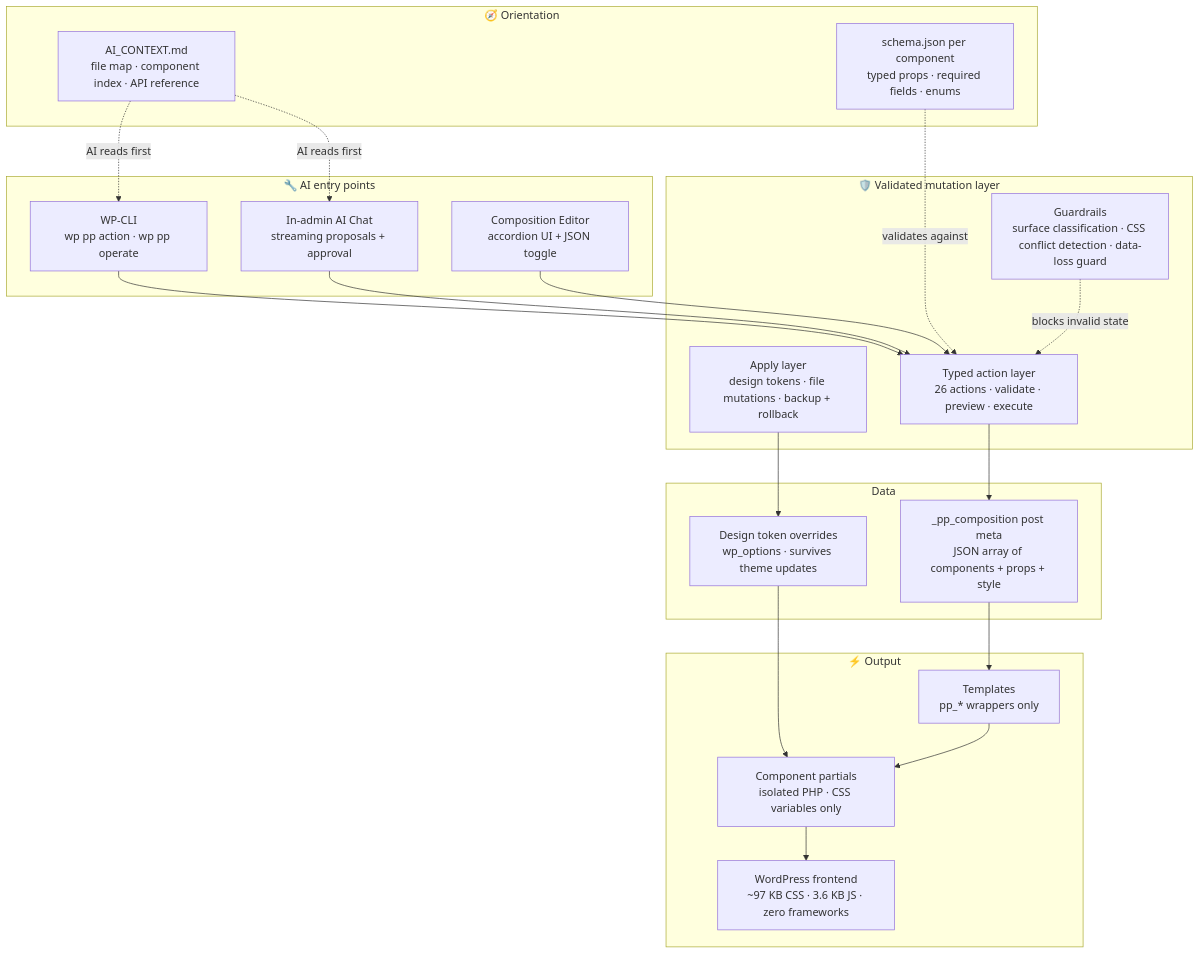
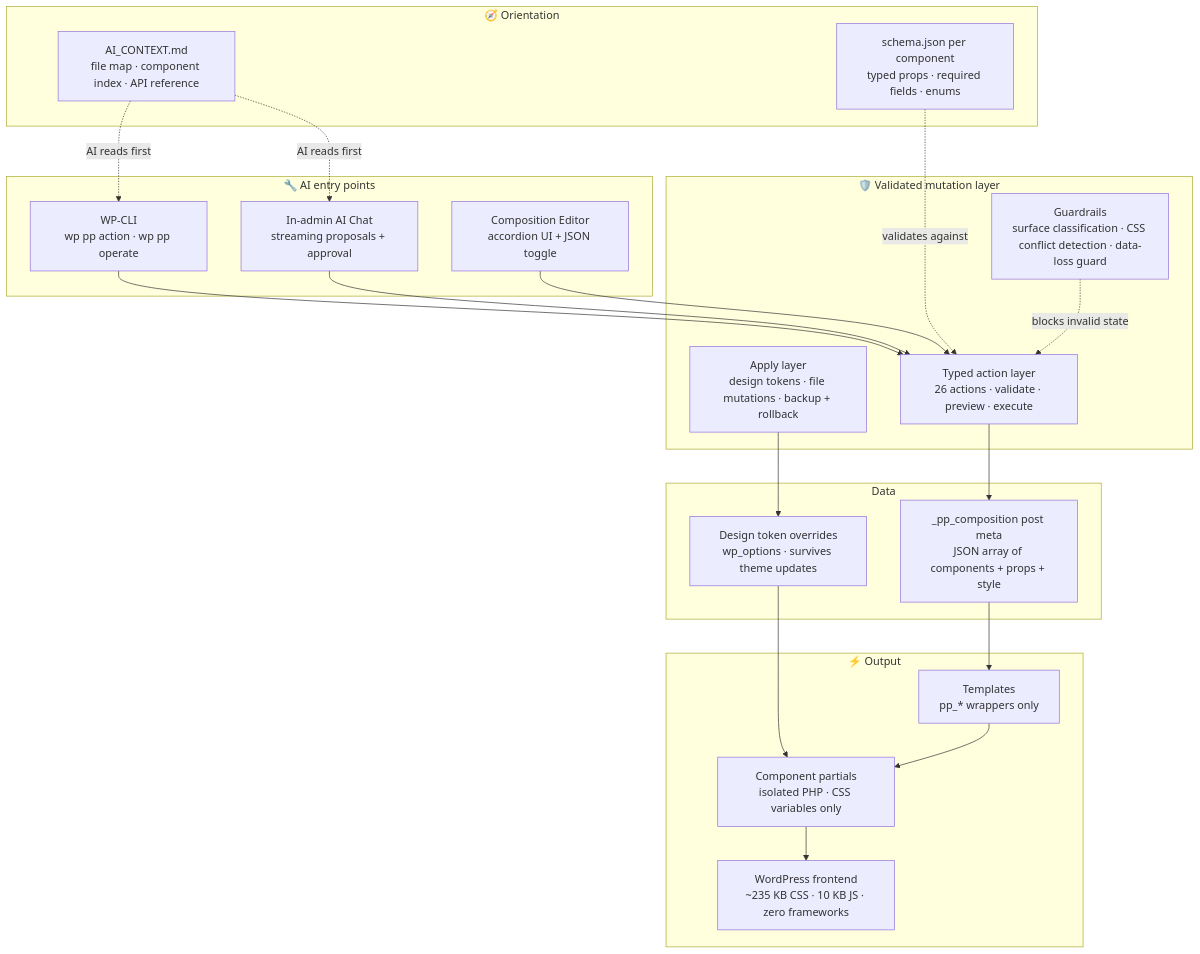
The diagram in README.md (FJCF76/PromptingPress), drawn with Mermaid before and after one commit. The commit also changed other lines of this file, not shown here.

First line of the commit message:
docs(readme): state the measured frontend weight

````diff
--- a/README.md
+++ b/README.md
@@ -130,44 +130,44 @@
 ```mermaid
 flowchart TD
     subgraph Entry["🔧 AI entry points"]
         CLI["WP-CLI\nwp pp action · wp pp operate"]
         Chat["In-admin AI Chat\nstreaming proposals + approval"]
         Editor["Composition Editor\naccordion UI + JSON toggle"]
     end
 
     subgraph Orient["🧭 Orientation"]
         CTX["AI_CONTEXT.md\nfile map · component index · API reference"]
         Schema["schema.json per component\ntyped props · required fields · enums"]
     end
 
     subgraph Mutation["🛡️ Validated mutation layer"]
         Action["Typed action layer\n26 actions · validate · preview · execute"]
         Apply["Apply layer\ndesign tokens · file mutations · backup + rollback"]
         Guard["Guardrails\nsurface classification · CSS conflict detection · data-loss guard"]
     end
 
     subgraph Storage["Data"]
         Comp["_pp_composition post meta\nJSON array of components + props + style"]
         Tokens["Design token overrides\nwp_options · survives theme updates"]
     end
 
     subgraph Render["⚡ Output"]
         Templates["Templates\npp_* wrappers only"]
         Components["Component partials\nisolated PHP · CSS variables only"]
-        Frontend["WordPress frontend\n~97 KB CSS · 3.6 KB JS · zero frameworks"]
+        Frontend["WordPress frontend\n~235 KB CSS · 10 KB JS · zero frameworks"]
     end
 
     CLI --> Action
     Chat --> Action
     Editor --> Action
     CTX -.->|"AI reads first"| CLI
     CTX -.->|"AI reads first"| Chat
     Schema -.->|"validates against"| Action
     Action --> Comp
     Apply --> Tokens
     Guard -.->|"blocks invalid state"| Action
     Comp --> Templates
     Tokens --> Components
     Templates --> Components
     Components --> Frontend
 ```
````
